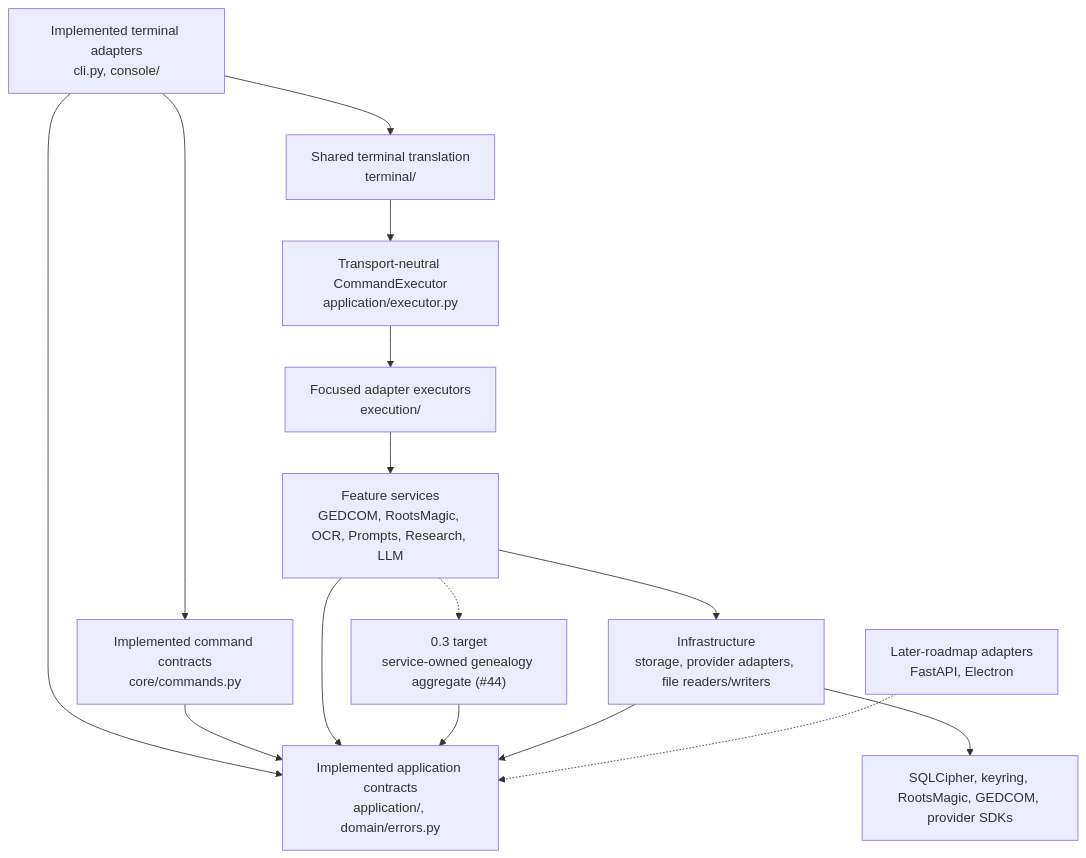
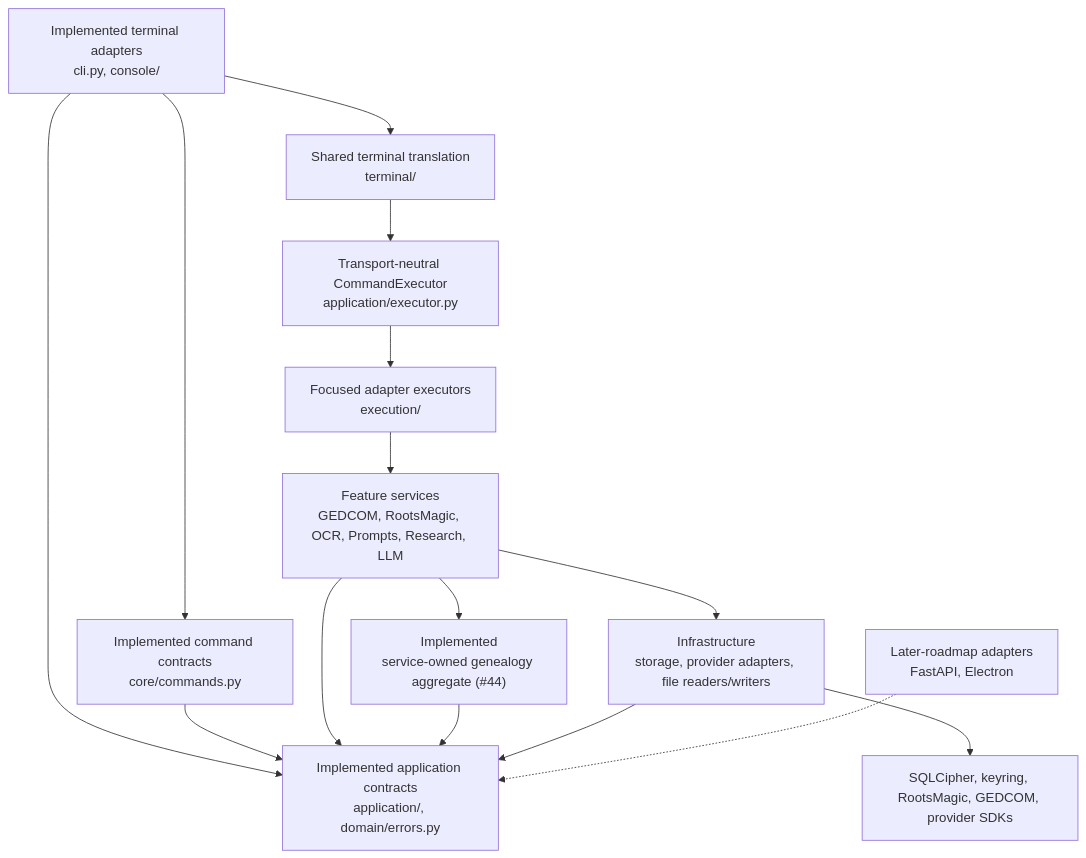
The second of 3 diagrams in ARCHITECTURE.md (sodejm/AncestryLLM), drawn with Mermaid before and after one commit. The commit also changed other lines of this file and 22 other files, not shown here.

Commit message:
feat: establish genealogy aggregate contracts (#44)

````diff
--- a/ARCHITECTURE.md
+++ b/ARCHITECTURE.md
@@ -154,29 +154,29 @@
 ```mermaid
 flowchart TB
     Adapters["Implemented terminal adapters\ncli.py, console/"]
     Terminal["Shared terminal translation\nterminal/"]
     Specs["Implemented command contracts\ncore/commands.py"]
     Contracts["Implemented application contracts\napplication/, domain/errors.py"]
     Executor["Transport-neutral CommandExecutor\napplication/executor.py"]
     Handlers["Focused adapter executors\nexecution/"]
     App["Feature services\nGEDCOM, RootsMagic, OCR, Prompts, Research, LLM"]
-    Aggregate["0.3 target\nservice-owned genealogy aggregate (#44)"]
+    Aggregate["Implemented\nservice-owned genealogy aggregate (#44)"]
     Infra["Infrastructure\nstorage, provider adapters, file readers/writers"]
     External["SQLCipher, keyring, RootsMagic, GEDCOM, provider SDKs"]
     Future["Later-roadmap adapters\nFastAPI, Electron"]
 
     Adapters --> Specs
     Adapters --> Contracts
     Adapters --> Terminal
     Terminal --> Executor
     Executor --> Handlers
     Handlers --> App
     Specs --> Contracts
     App --> Contracts
     App --> Infra
-    App -.-> Aggregate
+    App --> Aggregate
     Aggregate --> Contracts
     Infra --> Contracts
     Infra --> External
     Future -.-> Contracts
 ```
````
